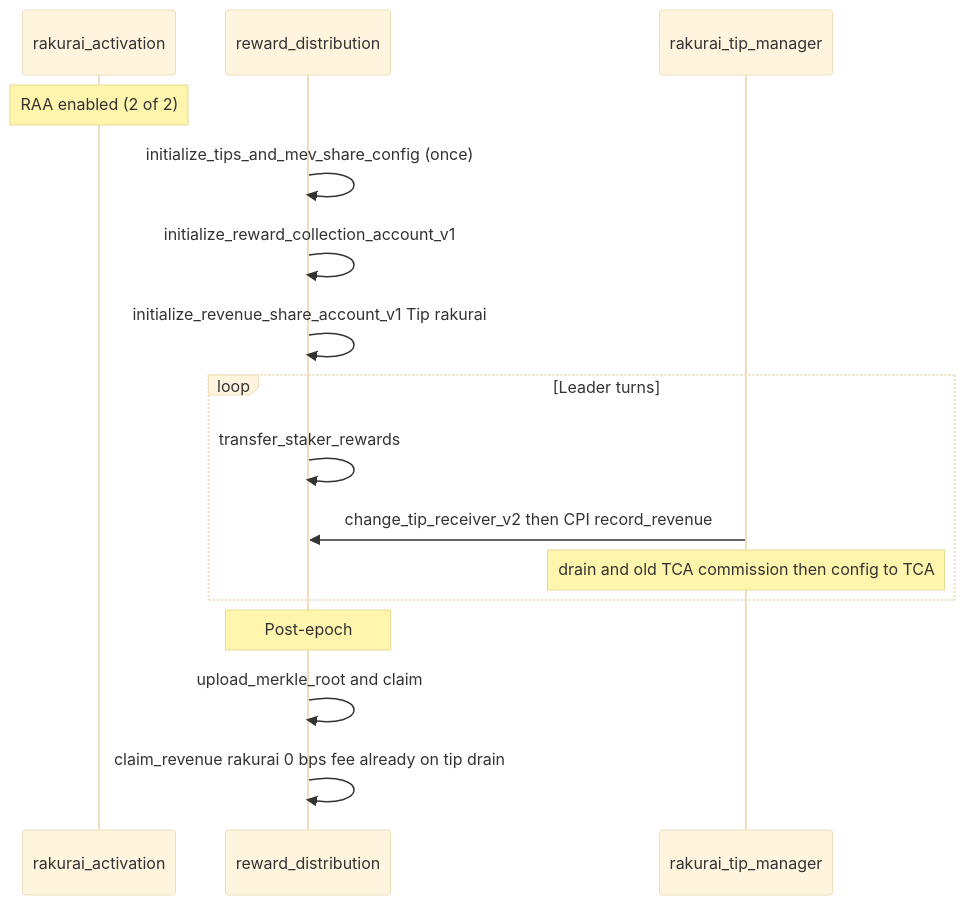
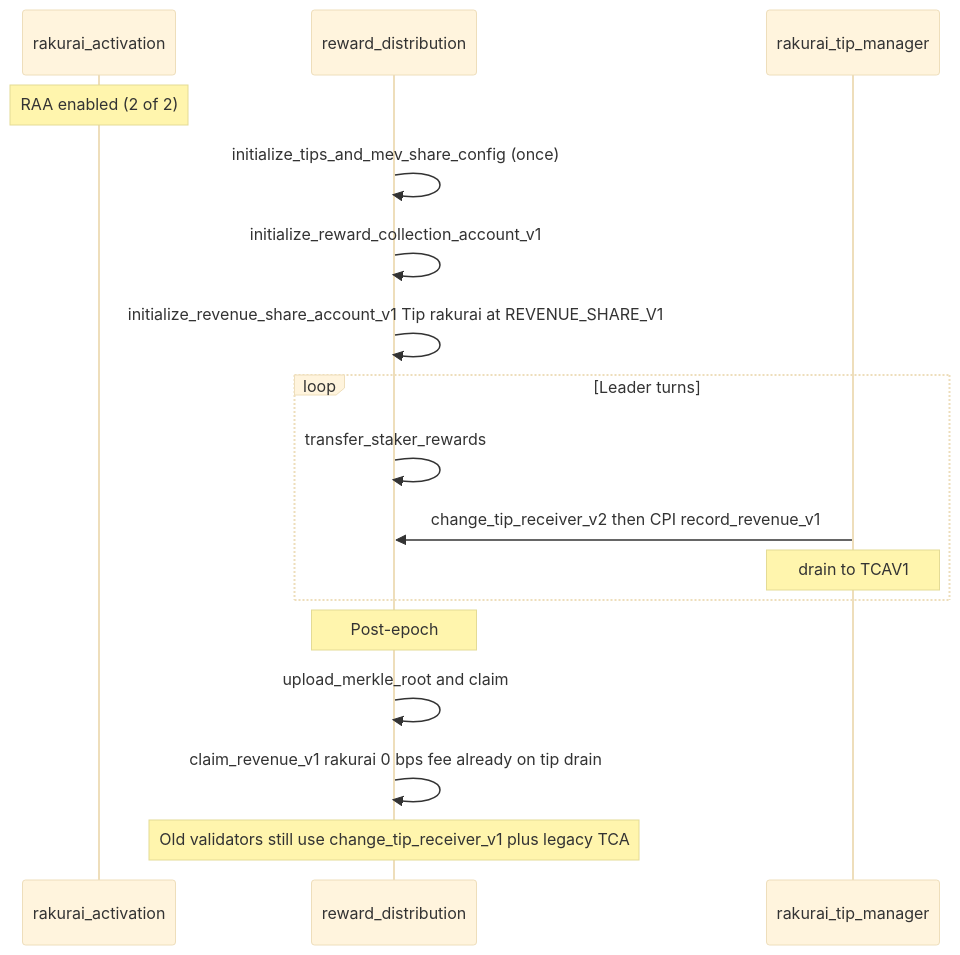
One commit to rakurai-io/rakurai_programs changed the fourth of 4 diagrams in diagram/program-flow-diagrams.md. Above: the diagram before and after it, drawn with Mermaid (base theme). The commit also changed other lines of this file and 14 other files, not shown here.

Commit message:
updated legacy and TCAv1 structure

````diff
--- a/diagram/program-flow-diagrams.md
+++ b/diagram/program-flow-diagrams.md
@@ -159,19 +163,20 @@
 ```mermaid
 sequenceDiagram
     participant Act as rakurai_activation
     participant RD as reward_distribution
     participant TM as rakurai_tip_manager
 
     Note over Act: RAA enabled (2 of 2)
     RD->>RD: initialize_tips_and_mev_share_config (once)
     RD->>RD: initialize_reward_collection_account_v1
-    RD->>RD: initialize_revenue_share_account_v1 Tip rakurai
+    RD->>RD: initialize_revenue_share_account_v1 Tip rakurai at REVENUE_SHARE_V1
     loop Leader turns
         RD->>RD: transfer_staker_rewards
-        TM->>RD: change_tip_receiver_v2 then CPI record_revenue
-        Note over TM: drain and old TCA commission then config to TCA
+        TM->>RD: change_tip_receiver_v2 then CPI record_revenue_v1
+        Note over TM: drain to TCAV1
     end
     Note over RD: Post-epoch
     RD->>RD: upload_merkle_root and claim
-    RD->>RD: claim_revenue rakurai 0 bps fee already on tip drain
+    RD->>RD: claim_revenue_v1 rakurai 0 bps fee already on tip drain
+    Note over RD: Old validators still use change_tip_receiver_v1 plus legacy TCA
 ```
````
